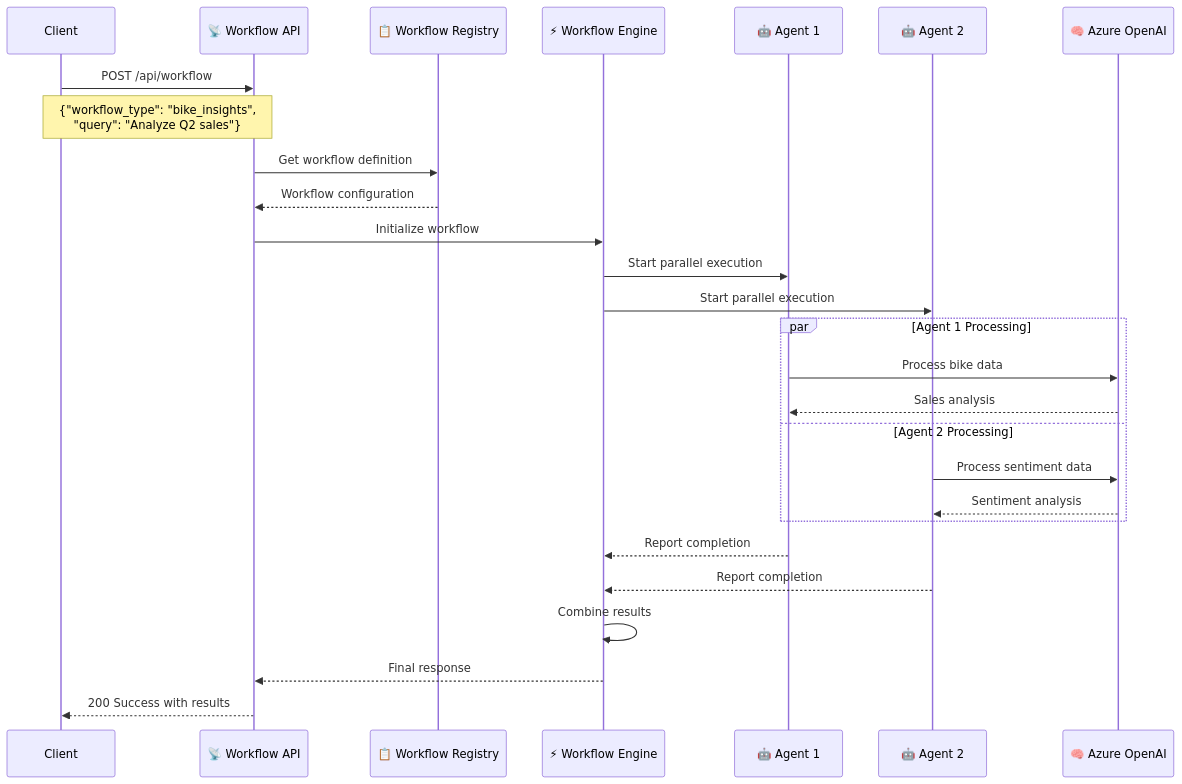
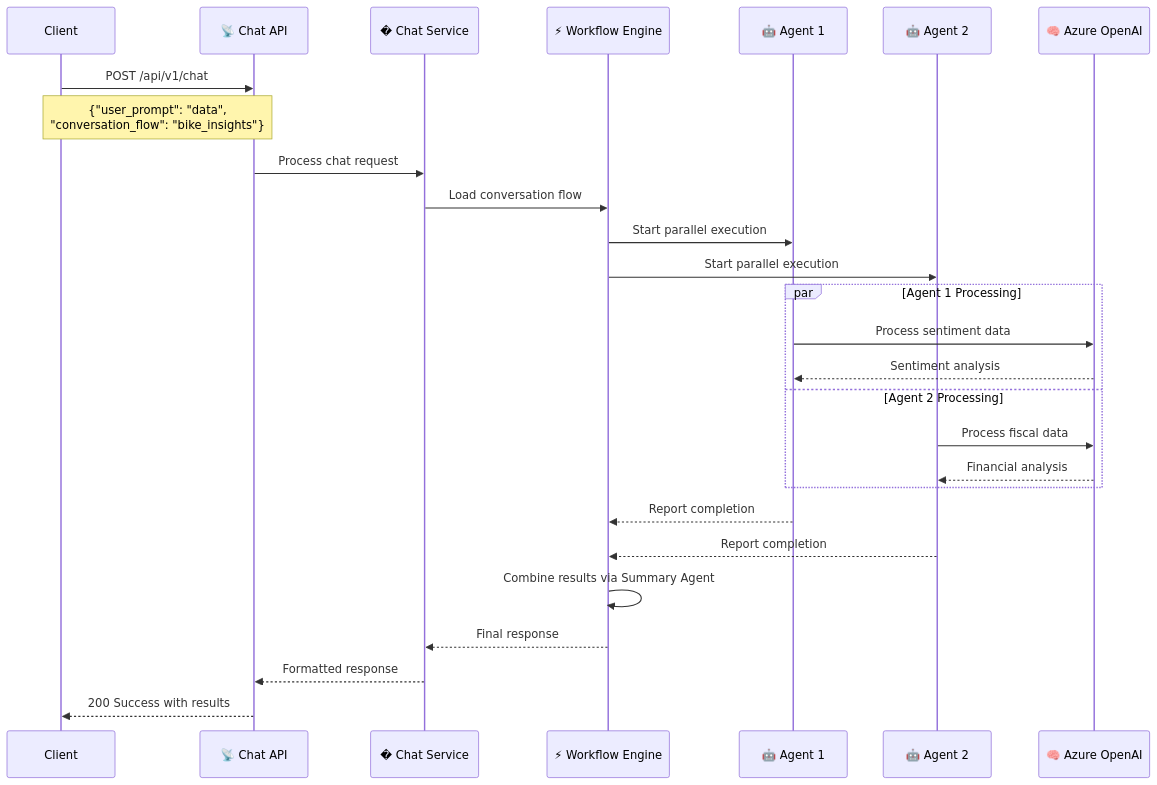
The fifth of 6 diagrams in docs/api/README.md (the-ingenious-dark-knight/Insight_Ingenious), drawn with Mermaid before and after one commit. The commit also changed other lines of this file, not shown here.

Commit message:
refactor: Update API documentation to reflect new chat and diagnostic endpoints

````diff
--- a/docs/api/README.md
+++ b/docs/api/README.md
@@ -202,35 +202,35 @@
 ```mermaid
 sequenceDiagram
     participant Client
-    participant API as 📡 Workflow API
-    participant Registry as 📋 Workflow Registry
-    participant Engine as ⚡ Workflow Engine
+    participant API as 📡 Chat API
+    participant ChatService as � Chat Service
+    participant WorkflowEngine as ⚡ Workflow Engine
     participant Agent1 as 🤖 Agent 1
     participant Agent2 as 🤖 Agent 2
     participant LLM as 🧠 Azure OpenAI
 
-    Client->>API: POST /api/workflow
-    Note over Client,API: {"workflow_type": "bike_insights",<br/>"query": "Analyze Q2 sales"}
+    Client->>API: POST /api/v1/chat
+    Note over Client,API: {"user_prompt": "data",<br/>"conversation_flow": "bike_insights"}
 
-    API->>Registry: Get workflow definition
-    Registry-->>API: Workflow configuration
+    API->>ChatService: Process chat request
+    ChatService->>WorkflowEngine: Load conversation flow
 
-    API->>Engine: Initialize workflow
-    Engine->>Agent1: Start parallel execution
-    Engine->>Agent2: Start parallel execution
+    WorkflowEngine->>Agent1: Start parallel execution
+    WorkflowEngine->>Agent2: Start parallel execution
 
     par Agent 1 Processing
-        Agent1->>LLM: Process bike data
-        LLM-->>Agent1: Sales analysis
+        Agent1->>LLM: Process sentiment data
+        LLM-->>Agent1: Sentiment analysis
     and Agent 2 Processing
-        Agent2->>LLM: Process sentiment data
-        LLM-->>Agent2: Sentiment analysis
+        Agent2->>LLM: Process fiscal data
+        LLM-->>Agent2: Financial analysis
     end
 
-    Agent1-->>Engine: Report completion
-    Agent2-->>Engine: Report completion
+    Agent1-->>WorkflowEngine: Report completion
+    Agent2-->>WorkflowEngine: Report completion
 
-    Engine->>Engine: Combine results
-    Engine-->>API: Final response
+    WorkflowEngine->>WorkflowEngine: Combine results via Summary Agent
+    WorkflowEngine-->>ChatService: Final response
+    ChatService-->>API: Formatted response
     API-->>Client: 200 Success with results
 ```
````
